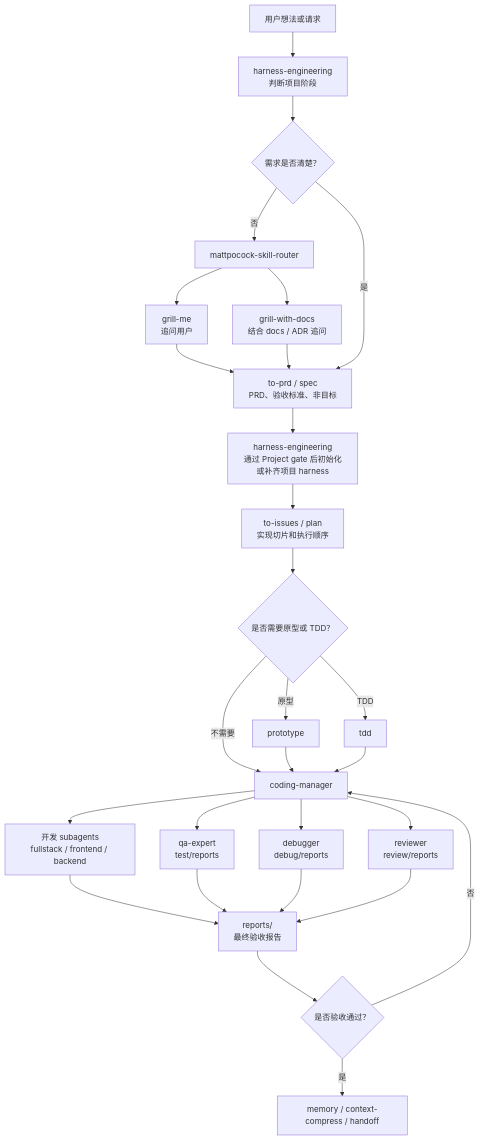
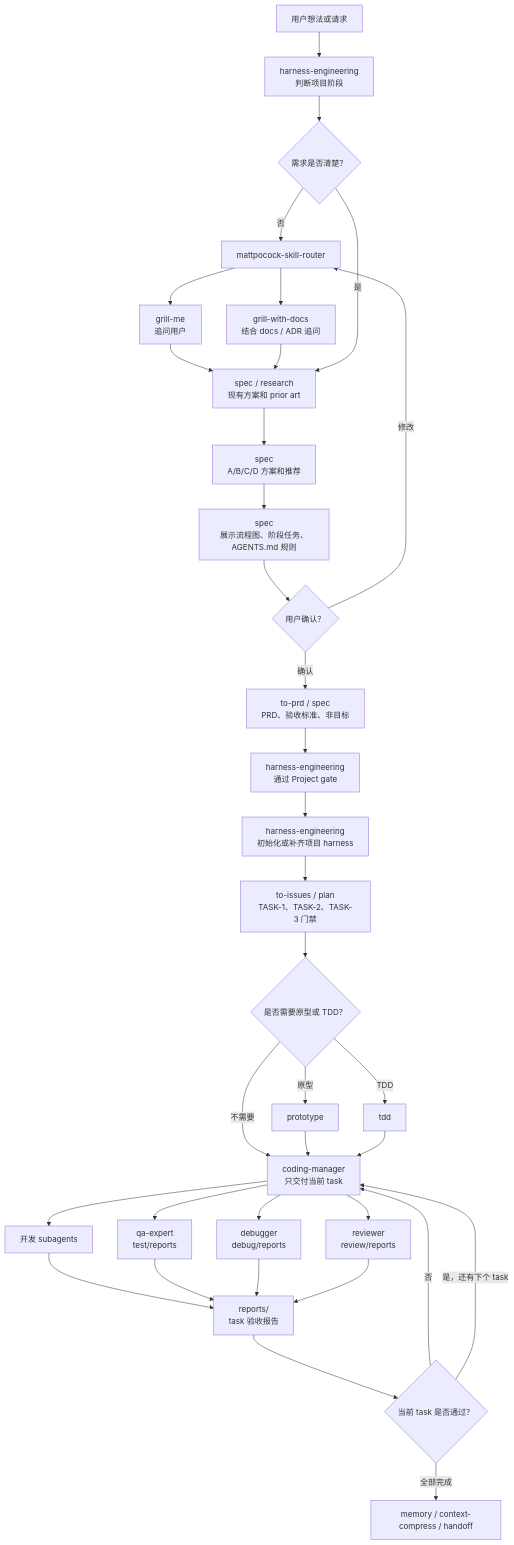
Before and after one commit to wantedfast/harness-engineering-wang: the first of 2 diagrams in README.zh-CN.md, drawn with Mermaid. The commit also changed other lines of this file and 3 other files, not shown here.

````diff
--- a/README.zh-CN.md
+++ b/README.zh-CN.md
@@ -95,30 +103,37 @@
 ```mermaid
 flowchart TD
     A["用户想法或请求"] --> B["harness-engineering<br/>判断项目阶段"]
     B --> C{"需求是否清楚？"}
     C -- "否" --> D["mattpocock-skill-router"]
     D --> E["grill-me<br/>追问用户"]
     D --> F["grill-with-docs<br/>结合 docs / ADR 追问"]
-    E --> G["to-prd / spec<br/>PRD、验收标准、非目标"]
+    E --> G["spec / research<br/>现有方案和 prior art"]
     F --> G
     C -- "是" --> G
-    G --> H["harness-engineering<br/>通过 Project gate 后初始化或补齐项目 harness"]
-    H --> I["to-issues / plan<br/>实现切片和执行顺序"]
-    I --> J{"是否需要原型或 TDD？"}
-    J -- "原型" --> K["prototype"]
-    J -- "TDD" --> L["tdd"]
-    J -- "不需要" --> M["coding-manager"]
-    K --> M
-    L --> M
-    M --> N["开发 subagents<br/>fullstack / frontend / backend"]
-    M --> O["qa-expert<br/>test/reports"]
-    M --> P["debugger<br/>debug/reports"]
-    M --> Q["reviewer<br/>review/reports"]
-    N --> R["reports/<br/>最终验收报告"]
-    O --> R
+    G --> H["spec<br/>A/B/C/D 方案和推荐"]
+    H --> I["spec<br/>展示流程图、阶段任务、AGENTS.md 规则"]
+    I --> J{"用户确认？"}
+    J -- "修改" --> D
+    J -- "确认" --> K["to-prd / spec<br/>PRD、验收标准、非目标"]
+    K --> L["harness-engineering<br/>通过 Project gate"]
+    L --> M["harness-engineering<br/>初始化或补齐项目 harness"]
+    M --> N["to-issues / plan<br/>TASK-1、TASK-2、TASK-3 门禁"]
+    N --> O{"是否需要原型或 TDD？"}
+    O -- "原型" --> P["prototype"]
+    O -- "TDD" --> Q["tdd"]
+    O -- "不需要" --> R["coding-manager<br/>只交付当前 task"]
     P --> R
     Q --> R
-    R --> S{"是否验收通过？"}
-    S -- "否" --> M
-    S -- "是" --> T["memory / context-compress / handoff"]
+    R --> S["开发 subagents"]
+    R --> T["qa-expert<br/>test/reports"]
+    R --> U["debugger<br/>debug/reports"]
+    R --> V["reviewer<br/>review/reports"]
+    S --> W["reports/<br/>task 验收报告"]
+    T --> W
+    U --> W
+    V --> W
+    W --> X{"当前 task 是否通过？"}
+    X -- "否" --> R
+    X -- "是，还有下个 task" --> R
+    X -- "全部完成" --> Y["memory / context-compress / handoff"]
 ```
````
